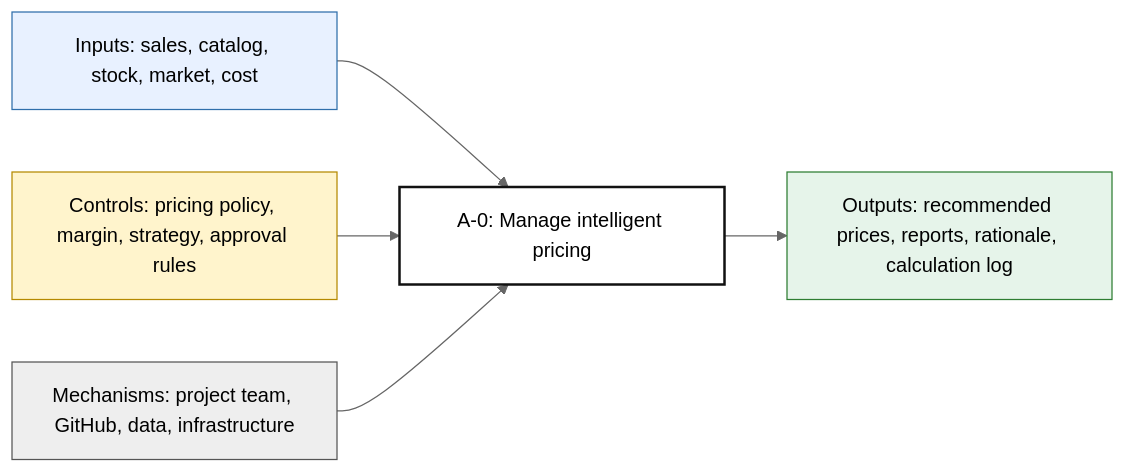
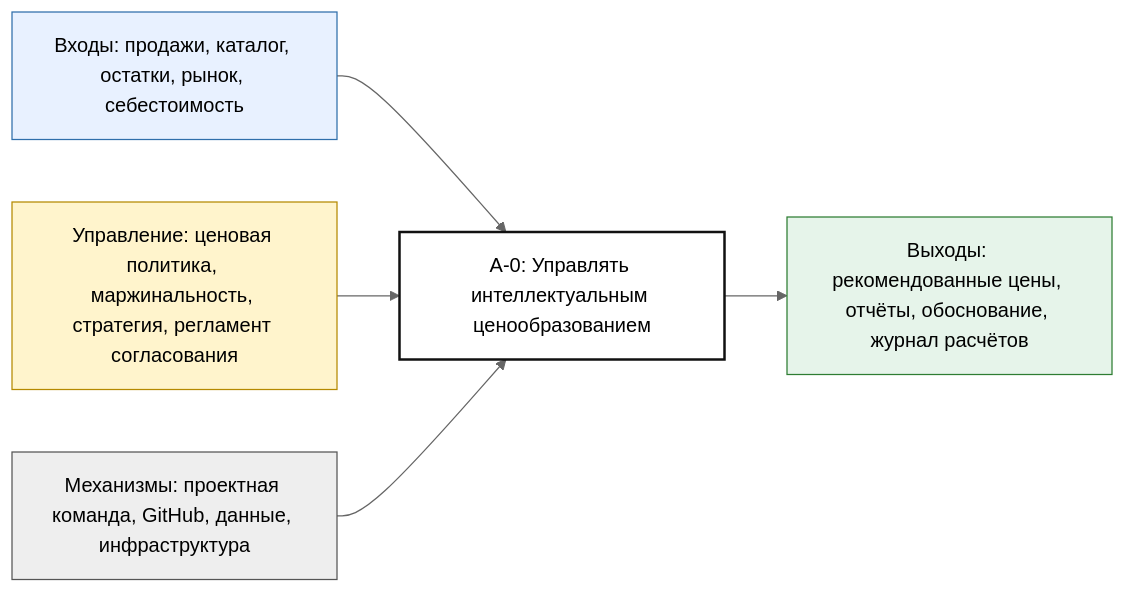
The fourth of 5 diagrams in docs/visuals/project-dashboard.md (andreyobloff/IntelCarPricing), drawn with Mermaid (neutral theme) before and after one commit. The commit also changed other lines of this file, not shown here.

Commit message:
docs: translate project dashboard to Russian

````diff
--- a/docs/visuals/project-dashboard.md
+++ b/docs/visuals/project-dashboard.md
@@ -99,19 +102,19 @@
 ```mermaid
 flowchart LR
-    I["Inputs: sales, catalog, stock, market, cost"] --> A["A-0: Manage intelligent pricing"]
-    C["Controls: pricing policy, margin, strategy, approval rules"] --> A
-    M["Mechanisms: project team, GitHub, data, infrastructure"] --> A
-    A --> O["Outputs: recommended prices, reports, rationale, calculation log"]
+    I["Входы: продажи, каталог, остатки, рынок, себестоимость"] --> A["A-0: Управлять интеллектуальным ценообразованием"]
+    C["Управление: ценовая политика, маржинальность, стратегия, регламент согласования"] --> A
+    M["Механизмы: проектная команда, GitHub, данные, инфраструктура"] --> A
+    A --> O["Выходы: рекомендованные цены, отчёты, обоснование, журнал расчётов"]
 
     classDef input fill:#e8f1ff,stroke:#2f6fab,stroke-width:1px;
     classDef control fill:#fff4cc,stroke:#b58900,stroke-width:1px;
     classDef mechanism fill:#eeeeee,stroke:#555555,stroke-width:1px;
     classDef output fill:#e6f4ea,stroke:#2e7d32,stroke-width:1px;
     classDef function fill:#ffffff,stroke:#111111,stroke-width:2px;
 
     class I input;
     class C control;
     class M mechanism;
     class O output;
     class A function;
 ```
````
